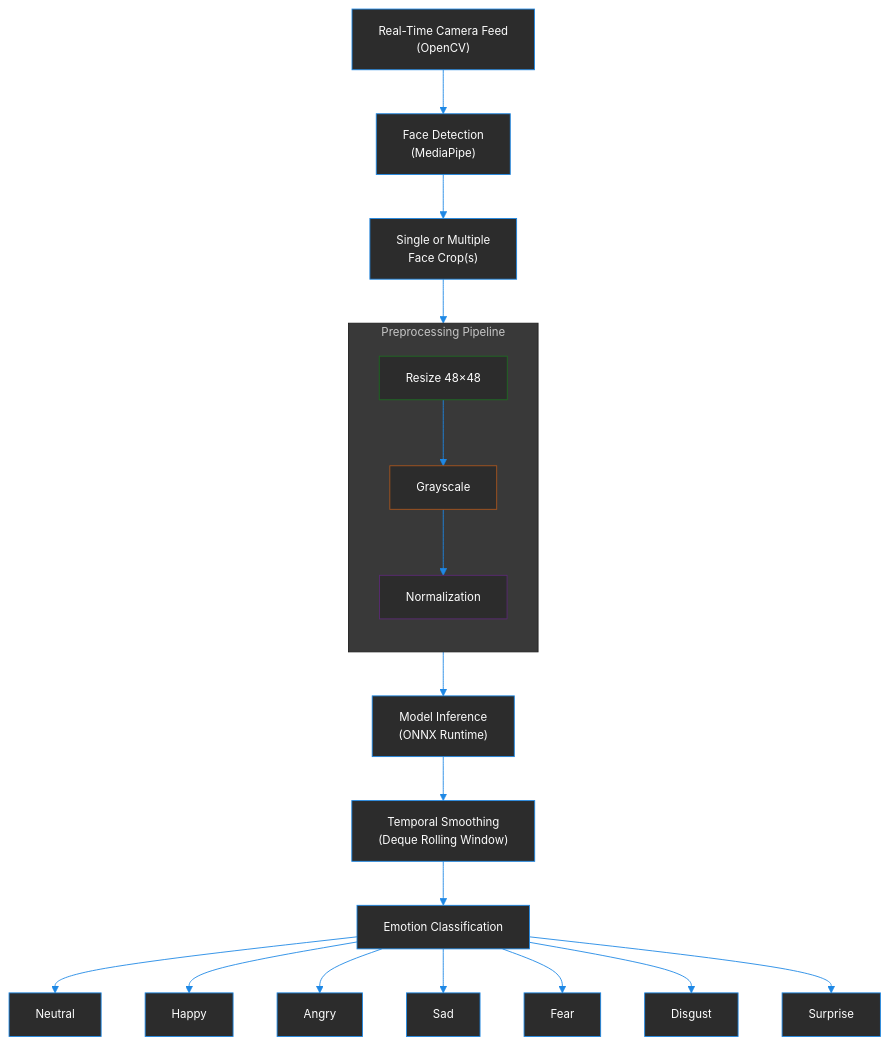
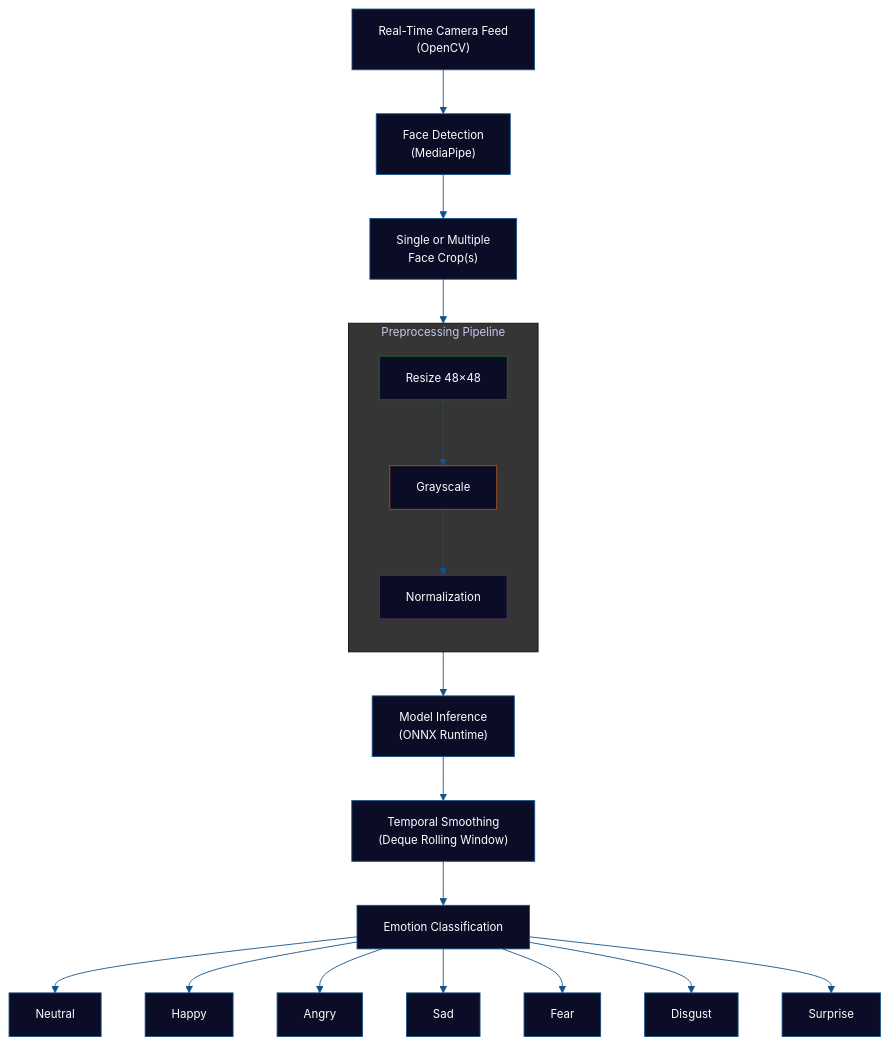
One commit to NkL-M/Real-Time-Facial-Emotion-Recognition changed the diagram in README.md. Above: the diagram before and after it, drawn with Mermaid.

````diff
--- a/README.md
+++ b/README.md
@@ -150,48 +150,49 @@
 ```mermaid
 %%{init: {'theme':'base','themeVariables':{
-  'primaryColor':'#2c2c2c',
-  'primaryTextColor':'#fdfdfd',
-  'primaryBorderColor':'#1e88e5',
-  'lineColor':'#1e88e5',
+  'primaryColor':'#0b0c26',
+  'primaryTextColor':'#ffffff',
+  'primaryBorderColor':'#145288',
+  'lineColor':'#145288',
   'fontFamily':'JetBrains Mono',
   'fontSize':'13px'
 }}}%%
 flowchart TB
   P0["Real-Time Camera Feed
   (OpenCV)"]
   P0 --> P1["Face Detection
   (MediaPipe)"]
   P1 --> P2["Single or Multiple
   Face Crop(s)"]
   P2 --> PRE
   subgraph PRE["Preprocessing Pipeline"]
   direction TB
   P4["Resize 48×48"]
   P4 --> P5["Grayscale"]
   P5 --> P6["Normalization"]
 end
+style PRE fill:#353535
 style P4 stroke:#1e6a22, color:#ffffff
 style P5 stroke:#a8551e, color:#ffffff
 style P6 stroke:#5b2a74, color:#ffffff
 
   P6 --> P7["Model Inference
   (ONNX Runtime)"]
   P7 --> P8["Temporal Smoothing
   (Deque Rolling Window)"]
   P8 --> E["Emotion Classification"]
   E --> N["Neutral"]
   E --> H["Happy"]
   E --> A["Angry"]
   E --> S["Sad"]
   E --> F["Fear"]
   E --> D["Disgust"]
   E --> SU["Surprise"]
 
-style N stroke:#1e88e5, color:#ffffff
-style H stroke:#1e88e5, color:#ffffff
-style A stroke:#1e88e5, color:#ffffff
-style S stroke:#1e88e5, color:#ffffff
-style F stroke:#1e88e5, color:#ffffff
-style D stroke:#1e88e5, color:#ffffff
-style SU stroke:#1e88e5, color:#ffffff
+style N stroke:#145288, color:#ffffff
+style H stroke:#145288, color:#ffffff
+style A stroke:#145288, color:#ffffff
+style S stroke:#145288, color:#ffffff
+style F stroke:#145288, color:#ffffff
+style D stroke:#145288, color:#ffffff
+style SU stroke:#145288, color:#ffffff
 ```
````
